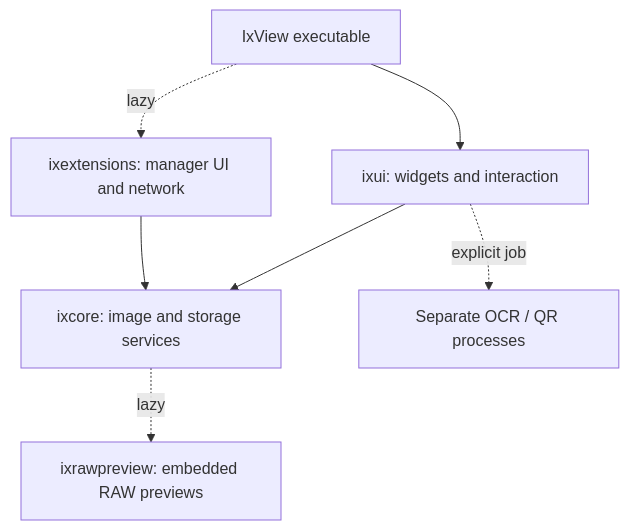
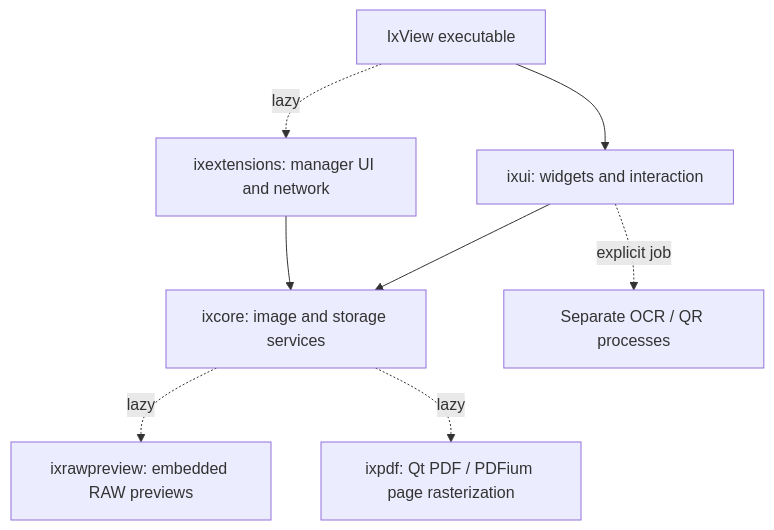
The diagram in docs/ARCHITECTURE.md (micha42-dot/uxzView), drawn with Mermaid before and after one commit. The commit also changed other lines of this file and 47 other files, not shown here.

Commit message:
Add lazy PDF reading and unreadable-file navigation policies

````diff
--- a/docs/ARCHITECTURE.md
+++ b/docs/ARCHITECTURE.md
@@ -7,9 +7,10 @@
 ```mermaid
 flowchart TD
     App[IxView executable] --> UI[ixui: widgets and interaction]
     UI --> Core[ixcore: image and storage services]
     App -. lazy .-> Manager[ixextensions: manager UI and network]
     Manager --> Core
     Core -. lazy .-> Raw[ixrawpreview: embedded RAW previews]
+    Core -. lazy .-> PDF[ixpdf: Qt PDF / PDFium page rasterization]
     UI -. explicit job .-> Tools[Separate OCR / QR processes]
 ```
````
